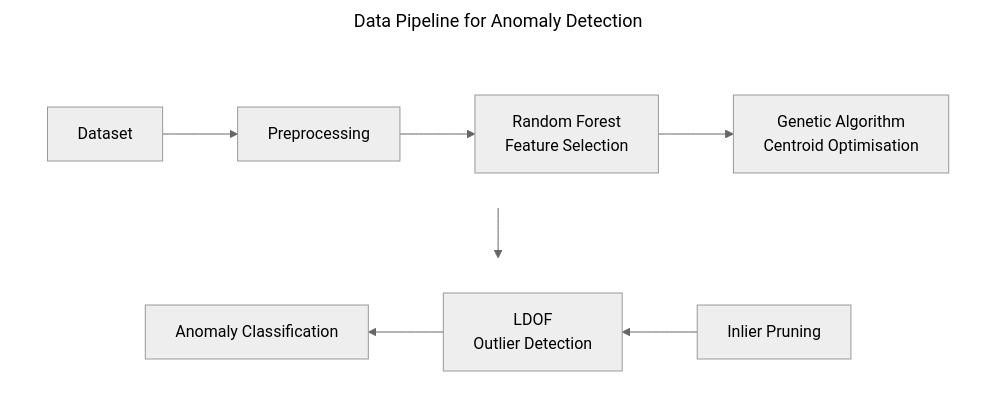
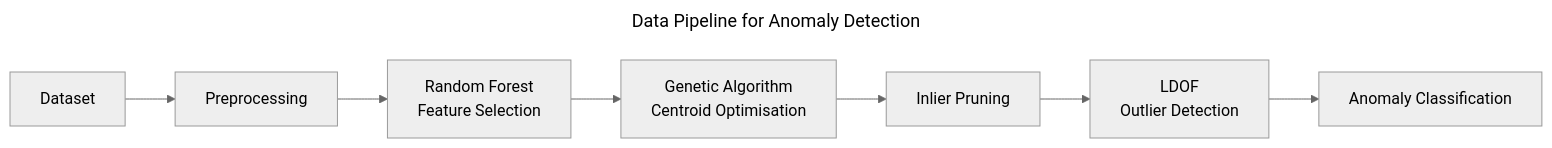
The diagram in _posts/2026-10-20-Exploring-Machine-Learning-for-Network-Anomaly-Detection.md (Tomnowell/tomnowell.github.io), drawn with Mermaid (neutral theme) before and after one commit.

Commit message:
Fix flowchart display

````diff
--- a/_posts/2026-10-20-Exploring-Machine-Learning-for-Network-Anomaly-Detection.md
+++ b/_posts/2026-10-20-Exploring-Machine-Learning-for-Network-Anomaly-Detection.md
@@ -60,21 +60,13 @@
 ```mermaid
 ---
 title: Data Pipeline for Anomaly Detection
 ---
 
-flowchart TB;
-  subgraph first_row[" "]
-    direction LR
-    A["Dataset"] --> B["Preprocessing"];
-    B --> C["Random Forest<br/>Feature Selection"];
-    C --> D["Genetic Algorithm<br/>Centroid Optimisation"];
-  end
-  subgraph second_row[" "]
-    direction RL
-    E["Inlier Pruning"] --> F["LDOF<br/>Outlier Detection"];
-    F --> G["Anomaly Classification"];
-  end
-  first_row --> second_row;
-  style first_row fill:transparent,stroke:transparent;
-  style second_row fill:transparent,stroke:transparent;
+flowchart LR;
+  A["Dataset"] --> B["Preprocessing"];
+  B --> C["Random Forest<br/>Feature Selection"];
+  C --> D["Genetic Algorithm<br/>Centroid Optimisation"];
+  D --> E["Inlier Pruning"];
+  E --> F["LDOF<br/>Outlier Detection"];
+  F --> G["Anomaly Classification"];
 ```
````
